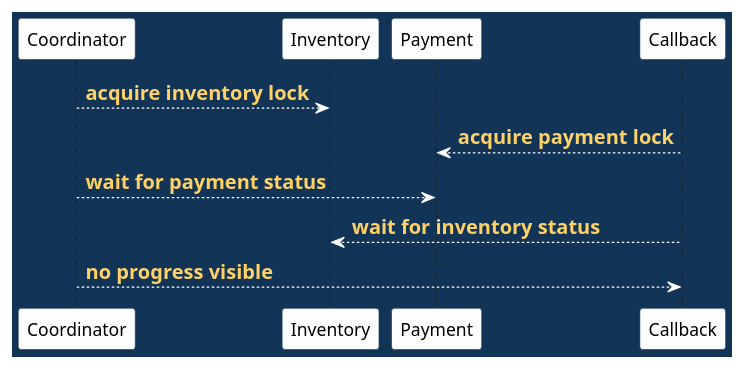
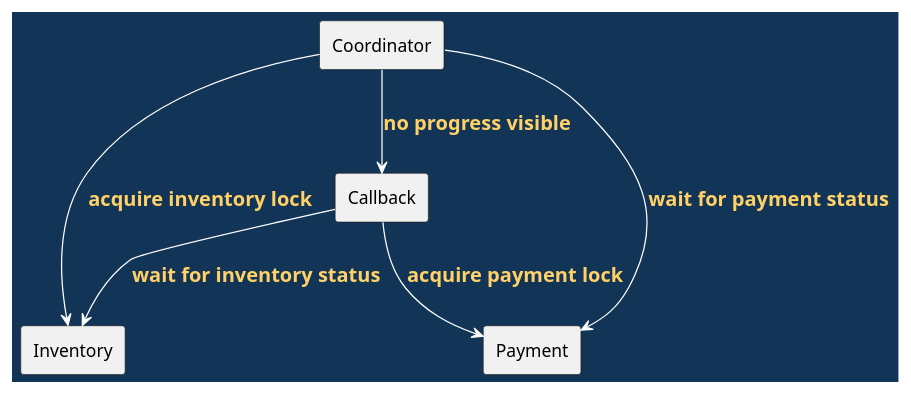
The ninth of 16 diagrams in doc/lectures/week5/coordination_patterns/README.slides.adoc (madajaju/CS5254), drawn with PlantUML before and after one commit. The commit also changed other lines of this file and 74 other files, not shown here.

```diff
--- a/doc/lectures/week5/coordination_patterns/README.slides.adoc
+++ b/doc/lectures/week5/coordination_patterns/README.slides.adoc
@@ -317,28 +317,28 @@
 [plantuml,width=100%]
 ----
 @startuml
 skinparam BackgroundColor #123456
 skinparam DefaultFontColor black
 skinparam ArrowColor white
 skinparam ArrowFontColor #ffd166
 skinparam ArrowFontStyle bold
 skinparam ArrowFontSize 16
 skinparam shadowing false
 skinparam LifeLineBorderColor white
 skinparam LifeLineBackgroundColor white
 skinparam ParticipantBorderColor #123456
 skinparam ParticipantBackgroundColor white
 skinparam ParticipantFontColor black
 
-participant "Coordinator" as C
-participant "Inventory" as I
-participant "Payment" as P
-participant "Callback" as B
+rectangle "Coordinator" as C
+rectangle "Inventory" as I
+rectangle "Payment" as P
+rectangle "Callback" as B
 
 C --> I : acquire inventory lock
 B --> P : acquire payment lock
 C --> P : wait for payment status
 B --> I : wait for inventory status
 C --> B : no progress visible
 @enduml
 ----
```
